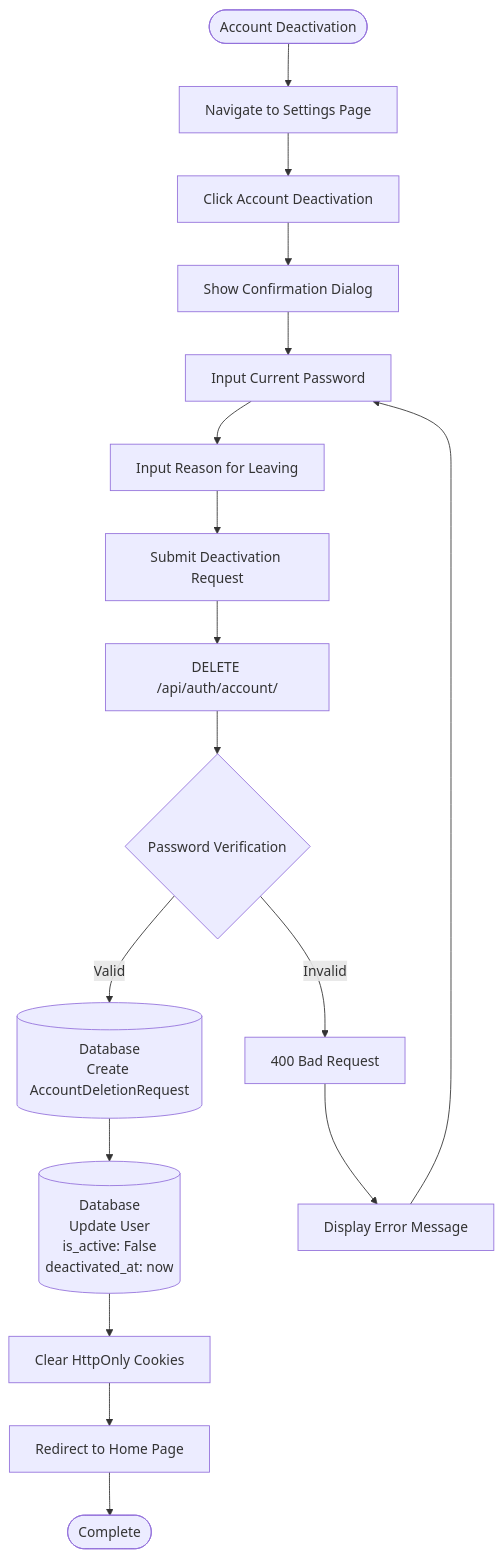
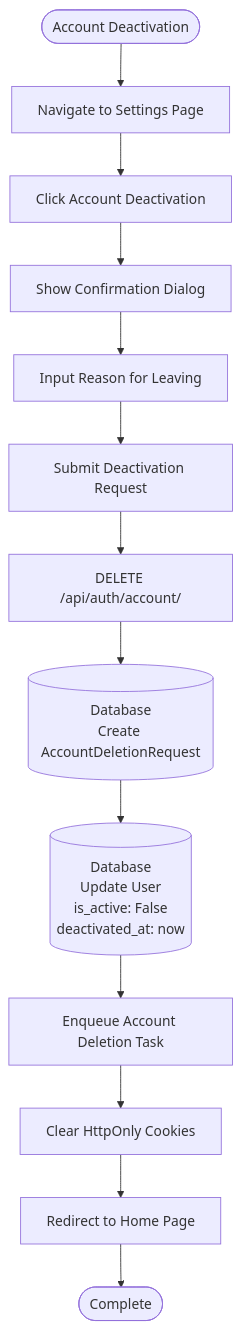
The seventh of 11 diagrams in docs/architecture/flowchart.md (yukiharada1228/videoq), drawn with Mermaid before and after one commit. The commit also changed other lines of this file and 9 other files, not shown here.

Commit message:
docs: sync diagrams with current implementation

````diff
--- a/docs/architecture/flowchart.md
+++ b/docs/architecture/flowchart.md
@@ -290,20 +289,15 @@
 ```mermaid
 flowchart TD
     Start([Account Deactivation]) --> Navigate[Navigate to Settings Page]
     Navigate --> ClickDelete[Click Account Deactivation]
     ClickDelete --> ShowDialog[Show Confirmation Dialog]
-    ShowDialog --> InputPassword[Input Current Password]
-    InputPassword --> InputReason[Input Reason for Leaving]
+    ShowDialog --> InputReason[Input Reason for Leaving]
     InputReason --> Submit[Submit Deactivation Request]
     Submit --> API[DELETE /api/auth/account/]
-    API --> ValidatePassword{Password Verification}
-    ValidatePassword -->|Invalid| Error1[400 Bad Request]
-    ValidatePassword -->|Valid| CreateRequest[(Database<br/>Create AccountDeletionRequest)]
+    API --> CreateRequest[(Database<br/>Create AccountDeletionRequest)]
     CreateRequest --> DeactivateUser[(Database<br/>Update User<br/>is_active: False<br/>deactivated_at: now)]
-    DeactivateUser --> ClearCookies[Clear HttpOnly Cookies]
+    DeactivateUser --> EnqueueTask[Enqueue Account Deletion Task]
+    EnqueueTask --> ClearCookies[Clear HttpOnly Cookies]
     ClearCookies --> Redirect[Redirect to Home Page]
     Redirect --> End([Complete])
-    
-    Error1 --> ShowError[Display Error Message]
-    ShowError --> InputPassword
 ```
````
